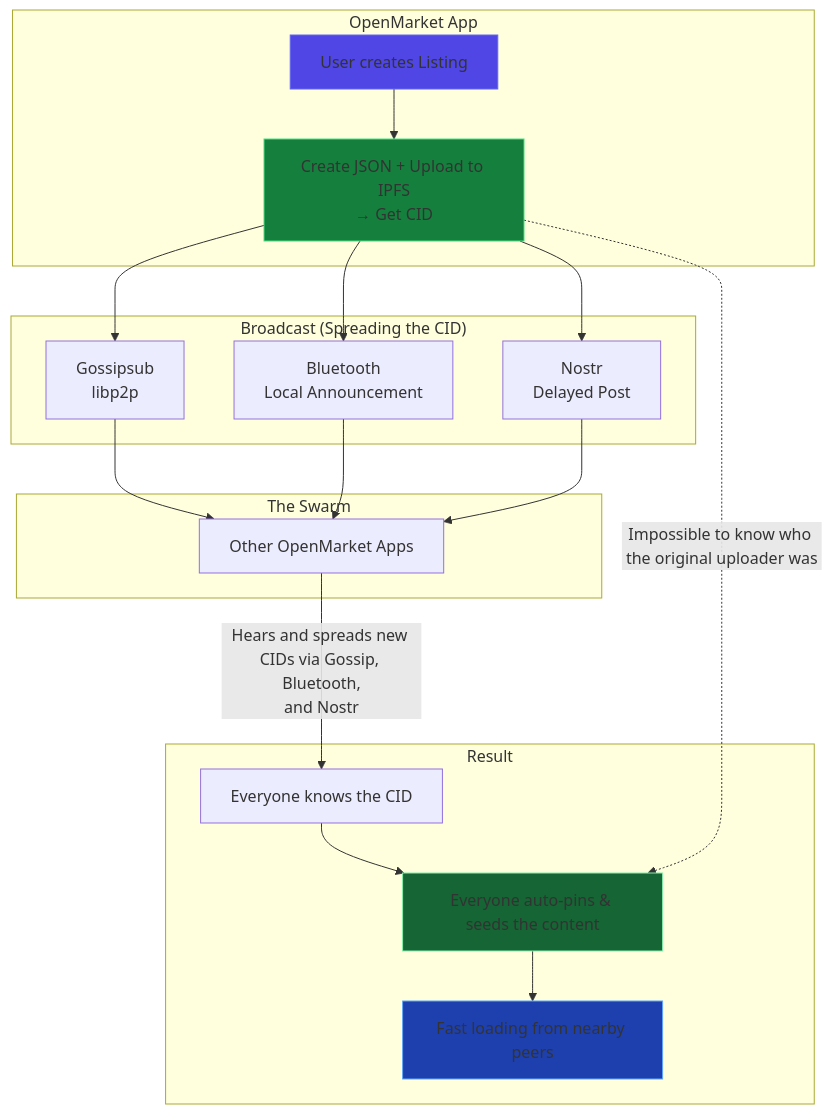
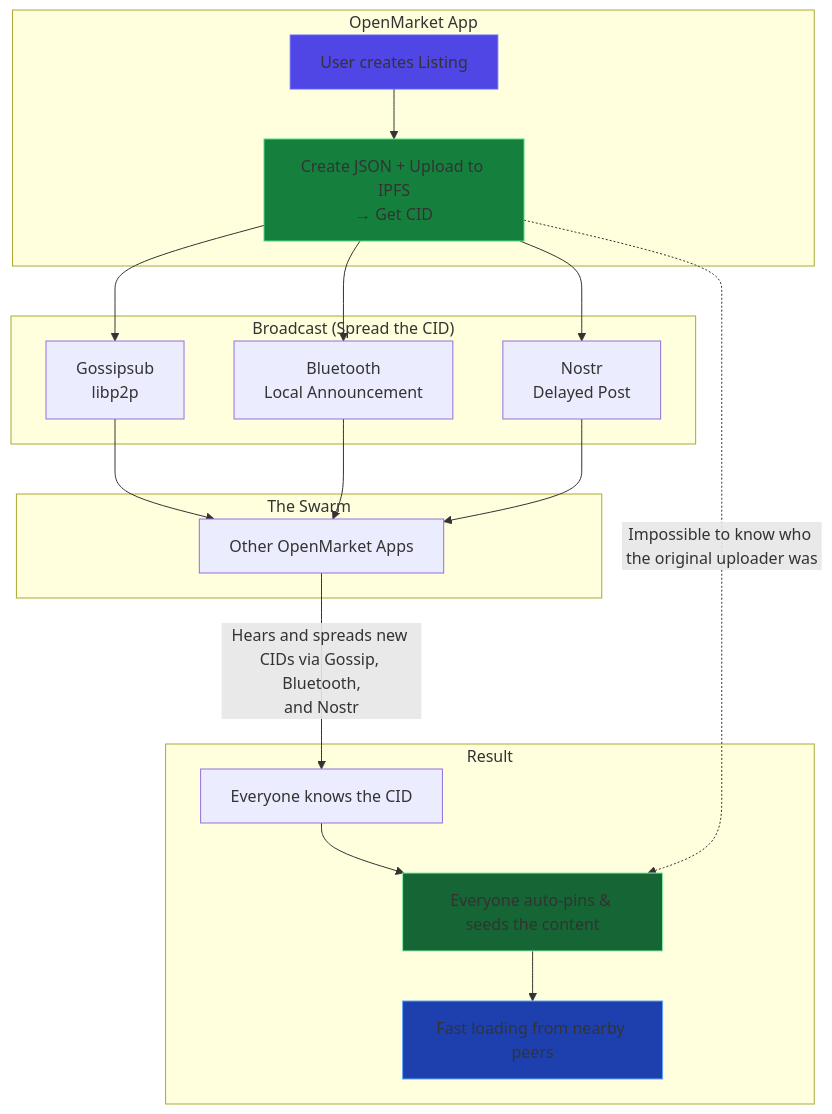
One commit to lukeprofits/OpenMarket changed the diagram in README.md. Above: the diagram before and after it, drawn with Mermaid.

````diff
--- a/README.md
+++ b/README.md
@@ -14,43 +14,43 @@
 ```mermaid
 flowchart TD
     subgraph "OpenMarket App"
         A[User creates Listing] 
         B[Create JSON + Upload to IPFS<br/>→ Get CID]
     end
 
-    subgraph "Broadcast (Spreading the CID)"
+    subgraph "Broadcast (Spread the CID)"
         C[Gossipsub<br/>libp2p]
         D[Bluetooth<br/>Local Announcement]
         E[Nostr<br/>Delayed Post]
     end
 
     subgraph "The Swarm"
         F[Other OpenMarket Apps]
     end
 
     subgraph "Result"
         G[Everyone knows the CID]
         H[Everyone auto-pins & seeds the content]
         I[Fast loading from nearby peers]
     end
 
     A --> B
     B --> C
     B --> D
     B --> E
 
     C --> F
     D --> F
     E --> F
 
     F -->|"Hears and spreads new CIDs via Gossip, Bluetooth,<br/>and Nostr"| G
     G --> H
     H --> I
 
     B -.->|"Impossible to know who the original uploader was"| H
 
     style A fill:#4f46e5,stroke:#6366f1
     style B fill:#15803d,stroke:#4ade80
     style H fill:#166534,stroke:#86efac
     style I fill:#1e40af,stroke:#60a5fa
 ```
````
